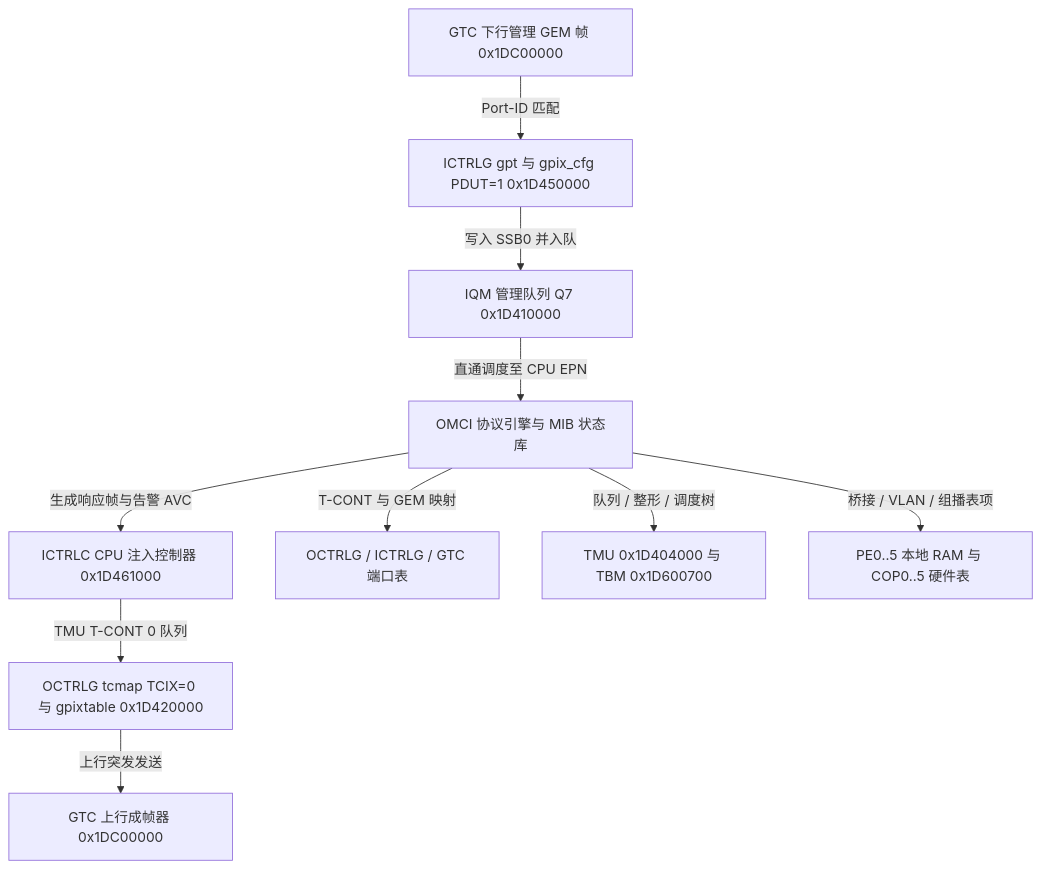
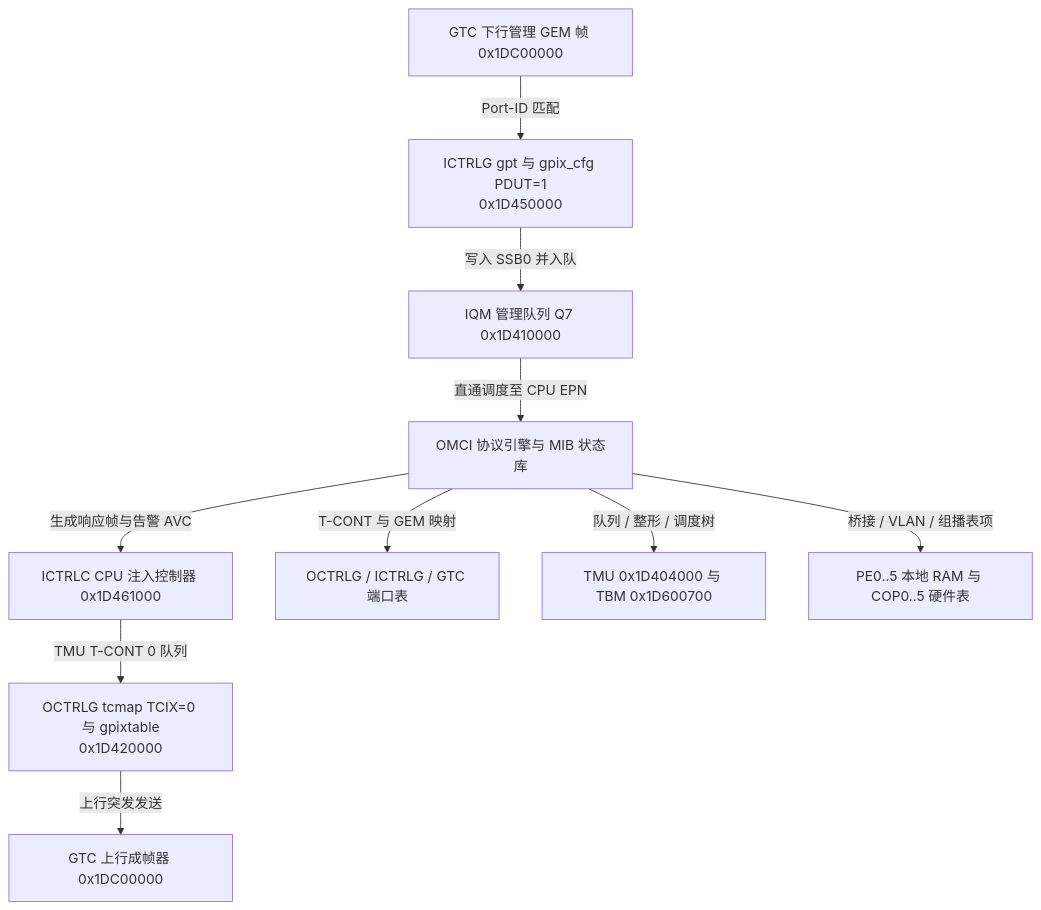
Before and after one commit to difanz/lantiq-falcon-s-docs: the diagram in 09_control_flow/02_omci_subsystem.md, drawn with Mermaid. The commit also changed 33 other files, not shown here.

Commit message:
Improve diagram readability and adopt the Material theme

````diff
--- a/09_control_flow/02_omci_subsystem.md
+++ b/09_control_flow/02_omci_subsystem.md
@@ -7,12 +7,12 @@
 ```mermaid
 flowchart TD
-    GTC_RX["GTC 下行管理 GEM 帧 0x1DC00000"] -->|Port-ID 匹配| ICTRLG_OMCI["ICTRLG gpt 与 gpix_cfg PDUT=1 0x1D450000"]
+    GTC_RX["GTC 下行管理 GEM 帧 0x1DC00000"] -->|Port-ID 匹配| ICTRLG_OMCI["ICTRLG gpt 与 gpix_cfg PDUT=1<br/>0x1D450000"]
     ICTRLG_OMCI -->|写入 SSB0 并入队| IQM_Q7["IQM 管理队列 Q7 0x1D410000"]
     IQM_Q7 -->|直通调度至 CPU EPN| OMCI_CORE["OMCI 协议引擎与 MIB 状态库"]
     OMCI_CORE -->|生成响应帧与告警 AVC| ICTRLC_TX["ICTRLC CPU 注入控制器 0x1D461000"]
-    ICTRLC_TX -->|TMU T-CONT 0 队列| OCTRLG_TX["OCTRLG tcmap TCIX=0 与 gpixtable 0x1D420000"]
+    ICTRLC_TX -->|TMU T-CONT 0 队列| OCTRLG_TX["OCTRLG tcmap TCIX=0 与 gpixtable<br/>0x1D420000"]
     OCTRLG_TX -->|上行突发发送| GTC_TX["GTC 上行成帧器 0x1DC00000"]
     OMCI_CORE -->|T-CONT 与 GEM 映射| HW_PON["OCTRLG / ICTRLG / GTC 端口表"]
     OMCI_CORE -->|队列 / 整形 / 调度树| HW_TMU["TMU 0x1D404000 与 TBM 0x1D600700"]
     OMCI_CORE -->|桥接 / VLAN / 组播表项| HW_SCE["PE0..5 本地 RAM 与 COP0..5 硬件表"]
 ```
````
